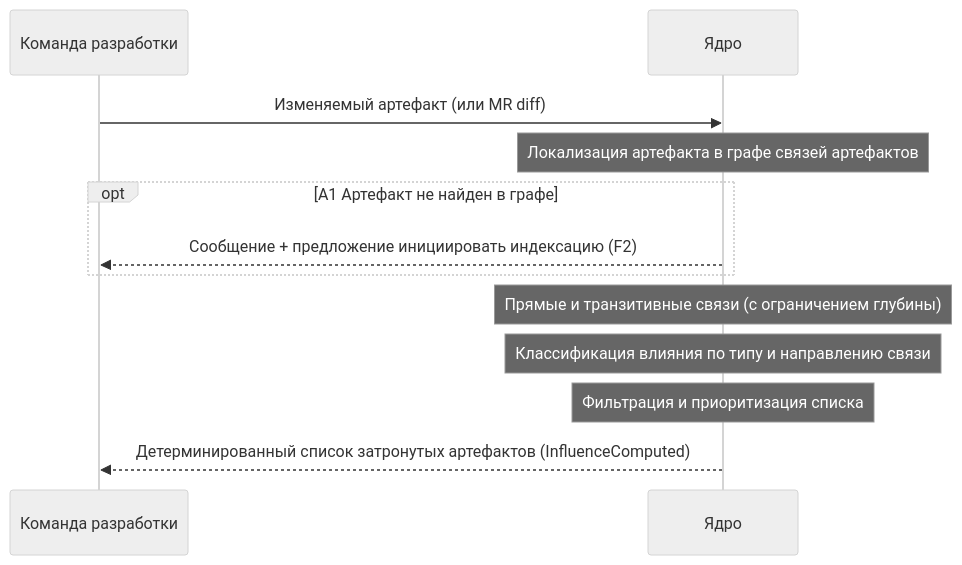
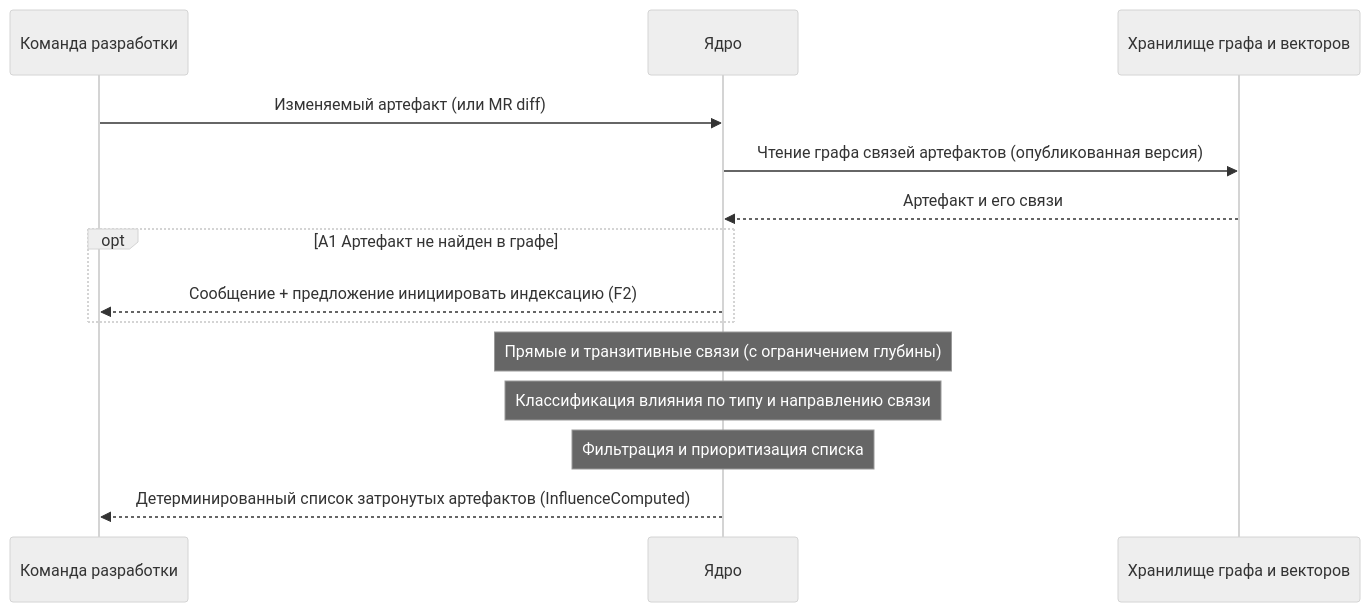
Before and after one commit to n-marusov/graphrag: the diagram in specs/use-cases/UC-context.impact.analyze.md, drawn with Mermaid (neutral theme). The commit also changed other lines of this file and 5 other files, not shown here.

First line of the commit message:
docs(use-cases): add storage container to UC diagrams

````diff
--- a/specs/use-cases/UC-context.impact.analyze.md
+++ b/specs/use-cases/UC-context.impact.analyze.md
@@ -15,26 +15,28 @@
 ```mermaid
 sequenceDiagram
     participant User as Команда разработки
     participant Core as Ядро
+    participant Store as Хранилище графа и векторов
 
     User->>Core: Изменяемый артефакт (или MR diff)
 
     %% --- 1. Локализация ---
-    Note over Core: Локализация артефакта в графе связей артефактов
+    Core->>Store: Чтение графа связей артефактов (опубликованная версия)
+    Store-->>Core: Артефакт и его связи
 
     opt A1 Артефакт не найден в графе
         Core-->>User: Сообщение + предложение инициировать индексацию (F2)
     end
 
     %% --- 2. Вычисление связей ---
     Note over Core: Прямые и транзитивные связи (с ограничением глубины)
 
     %% --- 3. Классификация ---
     Note over Core: Классификация влияния по типу и направлению связи
 
     %% --- 4. Фильтрация и приоритизация ---
     Note over Core: Фильтрация и приоритизация списка
 
     %% --- 5. Результат ---
     Core-->>User: Детерминированный список затронутых артефактов (InfluenceComputed)
 ```
````
